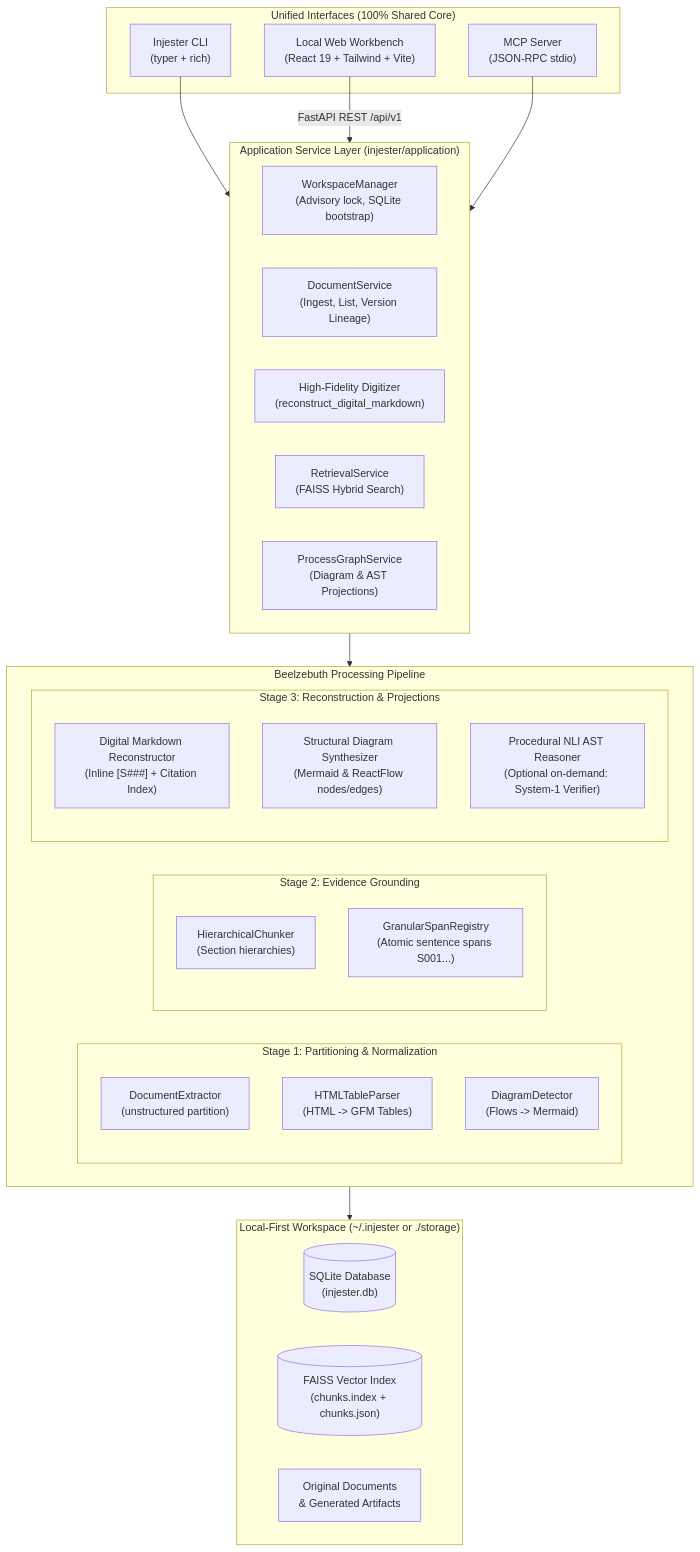
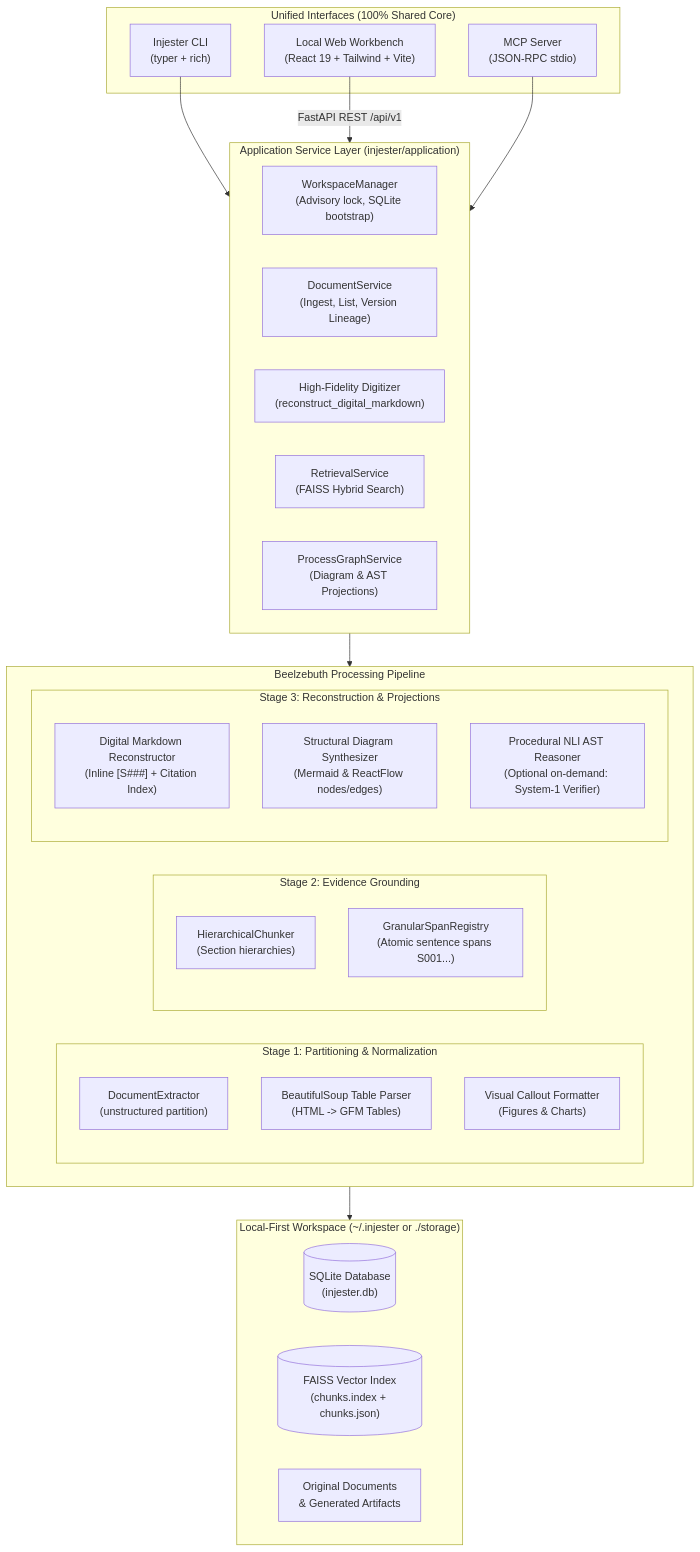
One commit to Jefino9488/Beelzebuth changed the first of 4 diagrams in docs/ARCHITECTURE.md. Above: the diagram before and after it, drawn with Mermaid. The commit also changed other lines of this file and 1 other file, not shown here.

Commit message:
docs: document docling backend and update architecture specification

````diff
--- a/docs/ARCHITECTURE.md
+++ b/docs/ARCHITECTURE.md
@@ -12,48 +12,48 @@
 ```mermaid
 flowchart TD
     subgraph ClientInterfaces ["Unified Interfaces (100% Shared Core)"]
         CLI["Injester CLI\n(typer + rich)"]
         WebUI["Local Web Workbench\n(React 19 + Tailwind + Vite)"]
         MCP["MCP Server\n(JSON-RPC stdio)"]
     end
 
     subgraph ServiceLayer ["Application Service Layer (injester/application)"]
         Mgr["WorkspaceManager\n(Advisory lock, SQLite bootstrap)"]
         DocService["DocumentService\n(Ingest, List, Version Lineage)"]
         DigitizerService["High-Fidelity Digitizer\n(reconstruct_digital_markdown)"]
         RetService["RetrievalService\n(FAISS Hybrid Search)"]
         GraphService["ProcessGraphService\n(Diagram & AST Projections)"]
     end
 
     subgraph CoreEngine ["Beelzebuth Processing Pipeline"]
         subgraph Stage1 ["Stage 1: Partitioning & Normalization"]
             DocExt["DocumentExtractor\n(unstructured partition)"]
-            TableParser["HTMLTableParser\n(HTML -> GFM Tables)"]
-            DiagramDetector["DiagramDetector\n(Flows -> Mermaid)"]
+            TableParser["BeautifulSoup Table Parser\n(HTML -> GFM Tables)"]
+            DiagramDetector["Visual Callout Formatter\n(Figures & Charts)"]
         end
 
         subgraph Stage2 ["Stage 2: Evidence Grounding"]
             Chunker["HierarchicalChunker\n(Section hierarchies)"]
             SpanReg["GranularSpanRegistry\n(Atomic sentence spans S001...)"]
         end
 
         subgraph Stage3 ["Stage 3: Reconstruction & Projections"]
             Reconstructor["Digital Markdown Reconstructor\n(Inline [S###] + Citation Index)"]
             DiagSynthesizer["Structural Diagram Synthesizer\n(Mermaid & ReactFlow nodes/edges)"]
             ProcEngine["Procedural NLI AST Reasoner\n(Optional on-demand: System-1 Verifier)"]
         end
     end
 
     subgraph LocalStorage ["Local-First Workspace (~/.injester or ./storage)"]
         SQLite[("SQLite Database\n(injester.db)")]
         FAISS[("FAISS Vector Index\n(chunks.index + chunks.json)")]
         DocRepo["Original Documents\n& Generated Artifacts"]
     end
 
     CLI --> ServiceLayer
     WebUI -->|FastAPI REST /api/v1| ServiceLayer
     MCP --> ServiceLayer
 
     ServiceLayer --> CoreEngine
     CoreEngine --> LocalStorage
 ```
````
